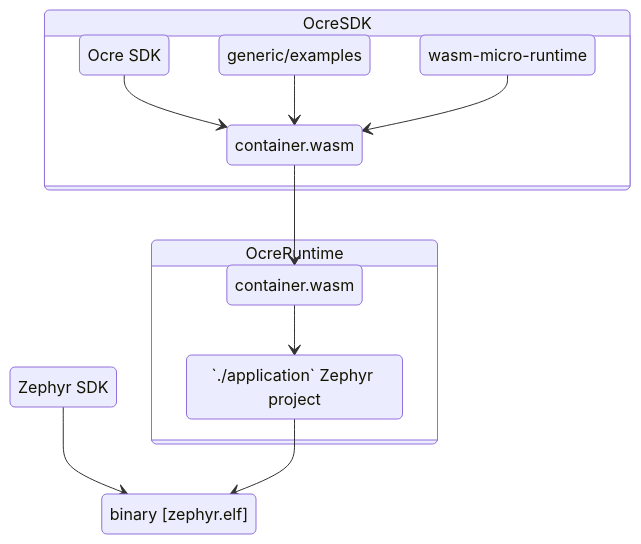
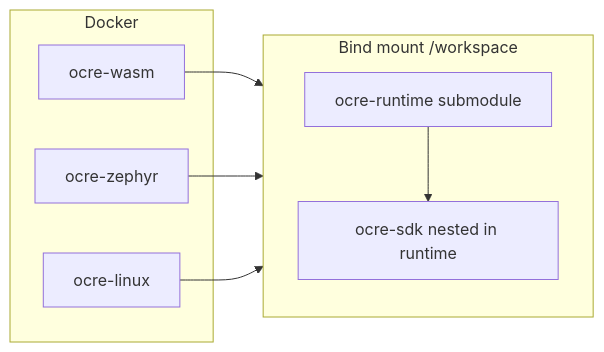
The first of 2 diagrams in README.md (fgr-17/ocre-workspace), drawn with Mermaid before and after one commit. The commit also changed other lines of this file and 6 other files, not shown here.

First line of the commit message:
chore(workspace): single ocre-runtime submodule and split Docker services

````diff
--- a/README.md
+++ b/README.md
@@ -31,28 +39,16 @@
-~~~mermaid
-stateDiagram-v2
-
-    state "OcreSDK" as ocre-sdk {
-        sdk: Ocre SDK
-        samples: generic/examples
-        wasm_runtime: wasm-micro-runtime
-        container: container.wasm
-        sdk --> container
-        samples --> container
-        wasm_runtime --> container
-
-    }
-
-    state "OcreRuntime" as ocre-runtime {
-        app: `./application` Zephyr project
-        container_moved: container.wasm
-    }
-
-    zephyr: Zephyr SDK
-    binary: binary [zephyr.elf]
-
-    container --> container_moved
-    
-    zephyr --> binary
-    container_moved --> app
-    app --> binary
-~~~
+```mermaid
+flowchart LR
+  subgraph containers [Docker]
+    wasm[ocre-wasm]
+    zephyr[ocre-zephyr]
+    linux[ocre-linux]
+  end
+  subgraph tree [Bind mount /workspace]
+    rt[ocre-runtime submodule]
+    sdk[ocre-sdk nested in runtime]
+  end
+  wasm --> tree
+  zephyr --> tree
+  linux --> tree
+  rt --> sdk
+```
````
